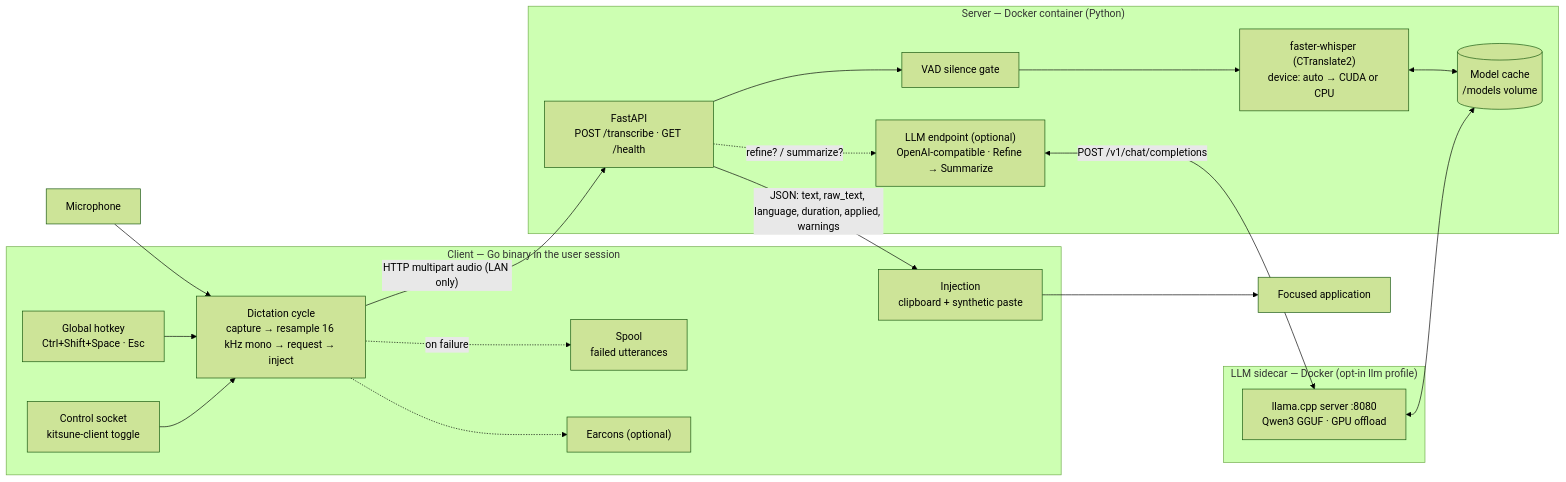
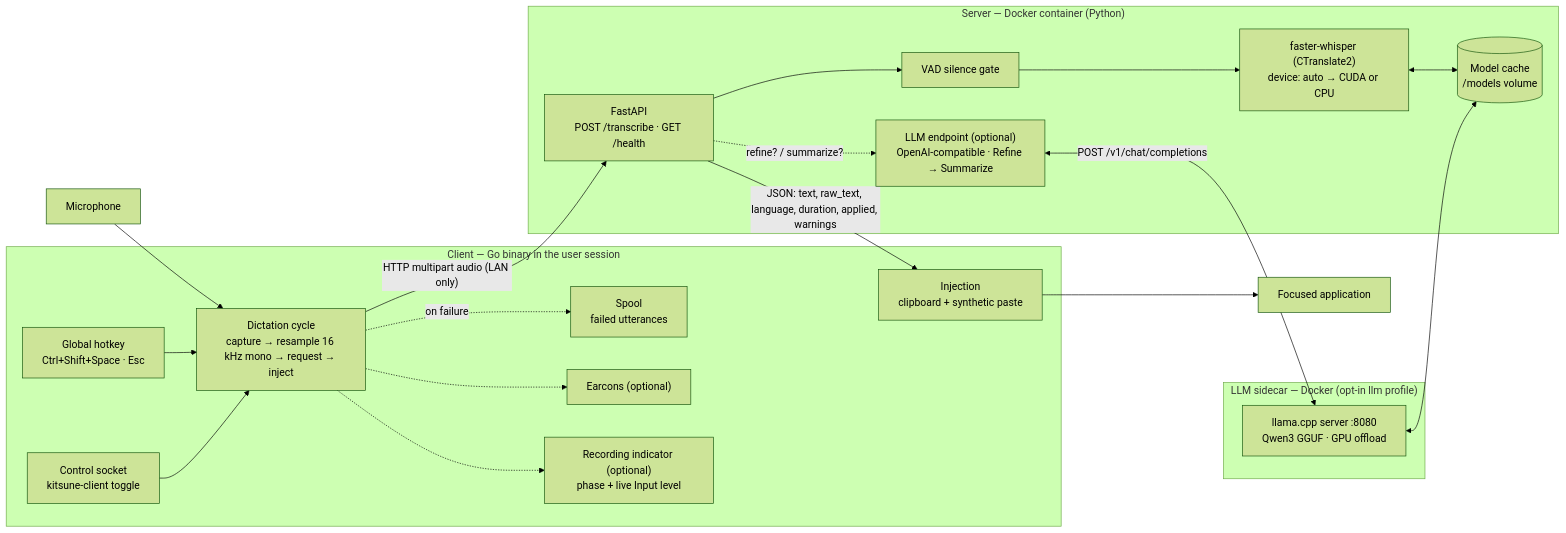
One commit to FoxRed-cmd/kitsune-whisper changed the first of 2 diagrams in README.md. Above: the diagram before and after it, drawn with Mermaid (forest theme). The commit also changed other lines of this file and 32 other files, not shown here.

Commit message:
Add the Recording indicator to the Dictation cycle (#41)

````diff
--- a/README.md
+++ b/README.md
@@ -54,40 +57,42 @@
 ```mermaid
 flowchart LR
     subgraph client["Client — Go binary in the user session"]
         hotkey["Global hotkey<br/>Ctrl+Shift+Space · Esc"]
         ctl["Control socket<br/>kitsune-client toggle"]
         cycle["Dictation cycle<br/>capture → resample 16 kHz mono → request → inject"]
         inject["Injection<br/>clipboard + synthetic paste"]
         spool["Spool<br/>failed utterances"]
         earcon["Earcons (optional)"]
+        indicator["Recording indicator (optional)<br/>phase + live Input level"]
     end
 
     mic["Microphone"]
     app["Focused application"]
 
     subgraph server["Server — Docker container (Python)"]
         api["FastAPI<br/>POST /transcribe · GET /health"]
         vad["VAD silence gate"]
         engine["faster-whisper (CTranslate2)<br/>device: auto → CUDA or CPU"]
         proc["LLM endpoint (optional)<br/>OpenAI-compatible · Refine → Summarize"]
         models[("Model cache<br/>/models volume")]
     end
 
     subgraph sidecar["LLM sidecar — Docker (opt-in llm profile)"]
         llama["llama.cpp server :8080<br/>Qwen3 GGUF · GPU offload"]
     end
 
     mic --> cycle
     hotkey --> cycle
     ctl --> cycle
     cycle -->|"HTTP multipart audio (LAN only)"| api
     api --> vad --> engine
     engine <--> models
     api -.->|"refine? / summarize?"| proc
     proc <-->|"POST /v1/chat/completions"| llama
     llama <--> models
     api -->|"JSON: text, raw_text, language, duration, applied, warnings"| inject
     inject --> app
     cycle -.->|on failure| spool
     cycle -.-> earcon
+    cycle -.-> indicator
 ```
````
